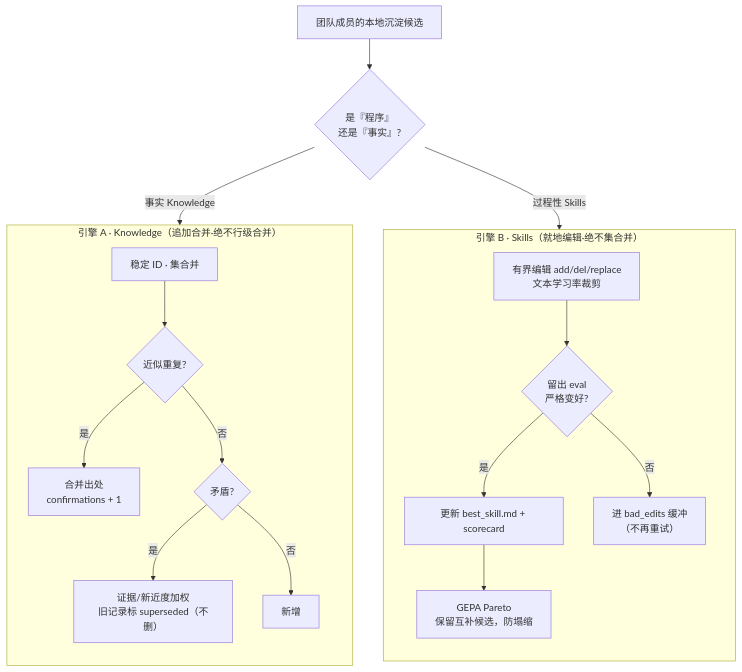
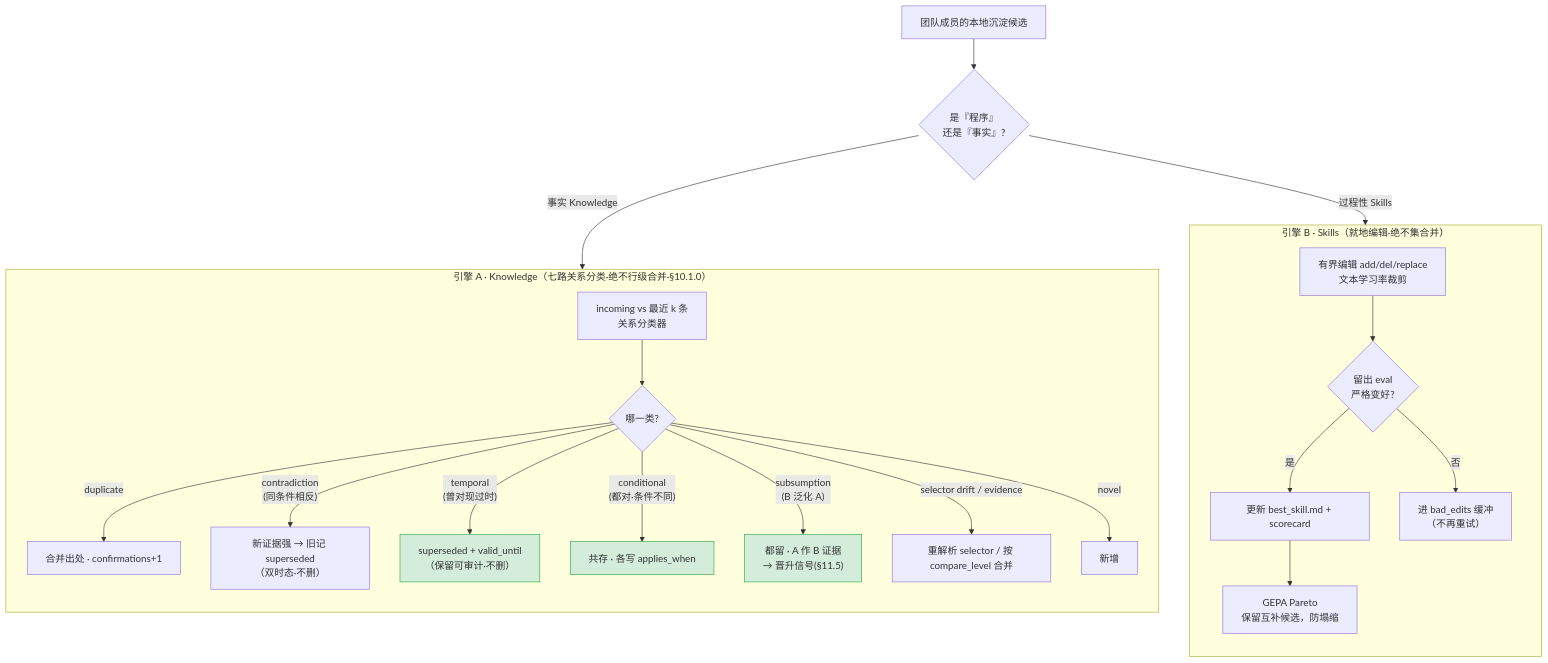
Before and after one commit to RyanSun1991/hm-kernel-llm-opt: the second of 7 diagrams in docs/Team_Skill_Hub_Design_Diagrams_CN.md, drawn with Mermaid. The commit also changed other lines of this file and 2 other files, not shown here.

````diff
--- a/docs/Team_Skill_Hub_Design_Diagrams_CN.md
+++ b/docs/Team_Skill_Hub_Design_Diagrams_CN.md
@@ -45,21 +45,26 @@
 ```mermaid
 flowchart TB
   IN["团队成员的本地沉淀候选"] --> Q{"是『程序』<br/>还是『事实』?"}
   Q -->|"过程性 Skills"| B1
   Q -->|"事实 Knowledge"| A1
   subgraph EB["引擎 B · Skills（就地编辑·绝不集合并）"]
     direction TB
     B1["有界编辑 add/del/replace<br/>文本学习率裁剪"] --> B2{"留出 eval<br/>严格变好?"}
     B2 -->|"是"| B3["更新 best_skill.md + scorecard"]
     B2 -->|"否"| B4["进 bad_edits 缓冲<br/>（不再重试）"]
     B3 --> B5["GEPA Pareto<br/>保留互补候选，防塌缩"]
   end
-  subgraph EA["引擎 A · Knowledge（追加合并·绝不行级合并）"]
+  subgraph EA["引擎 A · Knowledge（七路关系分类·绝不行级合并·§10.1.0）"]
     direction TB
-    A1["稳定 ID · 集合并"] --> A2{"近似重复?"}
-    A2 -->|"是"| A3["合并出处<br/>confirmations + 1"]
-    A2 -->|"否"| A4{"矛盾?"}
-    A4 -->|"是"| A5["证据/新近度加权<br/>旧记录标 superseded（不删）"]
-    A4 -->|"否"| A6["新增"]
+    A1["incoming vs 最近 k 条<br/>关系分类器"] --> A2{"哪一类?"}
+    A2 -->|"duplicate"| A3["合并出处 · confirmations+1"]
+    A2 -->|"contradiction<br/>(同条件相反)"| A5["新证据强 → 旧记 superseded<br/>（双时态·不删）"]
+    A2 -->|"temporal<br/>(曾对现过时)"| A7["superseded + valid_until<br/>（保留可审计·不删）"]
+    A2 -->|"conditional<br/>(都对·条件不同)"| A8["共存 · 各写 applies_when"]
+    A2 -->|"subsumption<br/>(B 泛化 A)"| A9["都留 · A 作 B 证据<br/>→ 晋升信号(§11.5)"]
+    A2 -->|"selector drift / evidence"| A10["重解析 selector / 按 compare_level 合并"]
+    A2 -->|"novel"| A6["新增"]
   end
+  classDef nodel fill:#d4edda,stroke:#28a745
+  class A7,A8,A9 nodel
 ```
````
